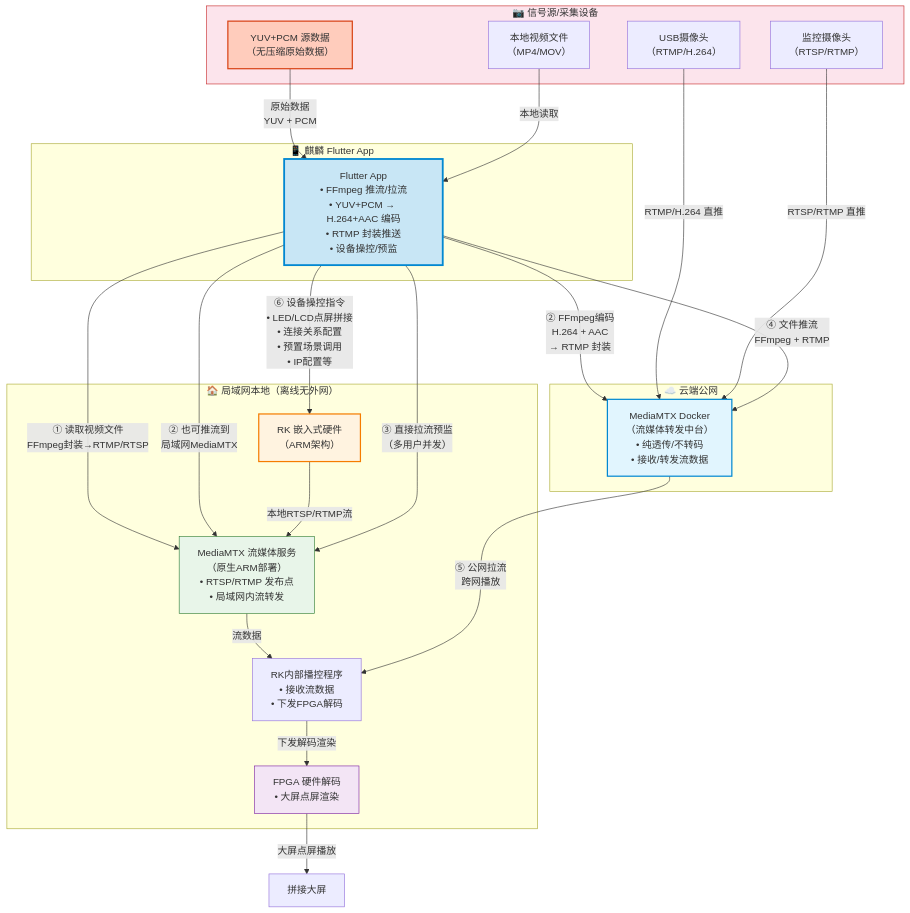
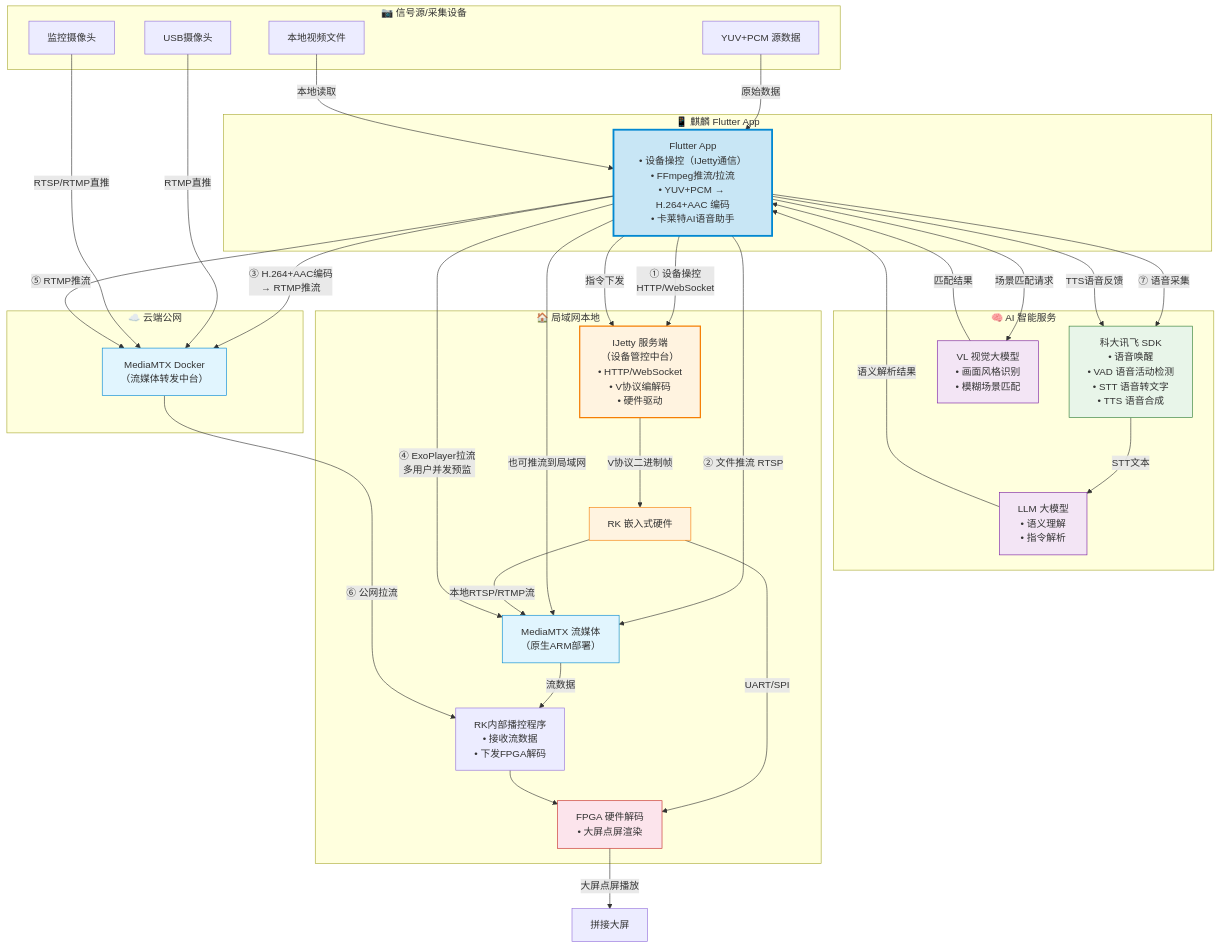
The first of 2 diagrams in CLT/QiLing/QiLinFramework.md (nangong918/code-ability), drawn with Mermaid before and after one commit. The commit also changed other lines of this file, not shown here.

````diff
--- a/CLT/QiLing/QiLinFramework.md
+++ b/CLT/QiLing/QiLinFramework.md
@@ -6,60 +6,80 @@
 ```mermaid
 graph TB
     subgraph 用户端["📱 麒麟 Flutter App"]
-        FlutterApp["Flutter App<br/>• FFmpeg 推流/拉流<br/>• YUV+PCM → H.264+AAC 编码<br/>• RTMP 封装推送<br/>• 设备操控/预监"]
+        FlutterApp["Flutter App<br/>• 设备操控（IJetty通信）<br/>• FFmpeg推流/拉流<br/>• YUV+PCM → H.264+AAC 编码<br/>• 卡莱特AI语音助手"]
     end
 
-    subgraph 局域网["🏠 局域网本地（离线无外网）"]
-        RK_Device["RK 嵌入式硬件<br/>（ARM架构）"]
-        MediaMTX_Local["MediaMTX 流媒体服务<br/>（原生ARM部署）<br/>• RTSP/RTMP 发布点<br/>• 局域网内流转发"]
+    subgraph AI服务["🧠 AI 智能服务"]
+        科大讯飞["科大讯飞 SDK<br/>• 语音唤醒<br/>• VAD 语音活动检测<br/>• STT 语音转文字<br/>• TTS 语音合成"]
+        LLM["LLM 大模型<br/>• 语义理解<br/>• 指令解析"]
+        VLM["VL 视觉大模型<br/>• 画面风格识别<br/>• 模糊场景匹配"]
+    end
+
+    subgraph 局域网["🏠 局域网本地"]
+        RK_Device["RK 嵌入式硬件"]
+        IJetty["IJetty 服务端<br/>（设备管控中台）<br/>• HTTP/WebSocket<br/>• V协议编解码<br/>• 硬件驱动"]
+        MediaMTX_Local["MediaMTX 流媒体<br/>（原生ARM部署）"]
         播控程序["RK内部播控程序<br/>• 接收流数据<br/>• 下发FPGA解码"]
         FPGA["FPGA 硬件解码<br/>• 大屏点屏渲染"]
     end
 
     subgraph 云端["☁️ 云端公网"]
-        MediaMTX_Cloud["MediaMTX Docker<br/>（流媒体转发中台）<br/>• 纯透传/不转码<br/>• 接收/转发流数据"]
+        MediaMTX_Cloud["MediaMTX Docker<br/>（流媒体转发中台）"]
     end
 
     subgraph 采集端["📷 信号源/采集设备"]
-        USB摄像头["USB摄像头<br/>（RTMP/H.264）"]
-        监控摄像头["监控摄像头<br/>（RTSP/RTMP）"]
-        视频文件["本地视频文件<br/>（MP4/MOV）"]
-        YUV_PCM["YUV+PCM 源数据<br/>（无压缩原始数据）"]
+        USB摄像头["USB摄像头"]
+        监控摄像头["监控摄像头"]
+        视频文件["本地视频文件"]
+        YUV_PCM["YUV+PCM 源数据"]
     end
 
-    %% ===== 局域网本地链路 =====
-    FlutterApp -->|"① 读取视频文件<br/>FFmpeg封装→RTMP/RTSP"| MediaMTX_Local
+%% ===== 设备操控链路（新增IJetty）=====
+    FlutterApp -->|"① 设备操控<br/>HTTP/WebSocket"| IJetty
+    IJetty -->|"V协议二进制帧"| RK_Device
+    RK_Device -->|"UART/SPI"| FPGA
+
+%% ===== 局域网本地播放 =====
+    FlutterApp -->|"② 文件推流 RTSP"| MediaMTX_Local
     MediaMTX_Local -->|"流数据"| 播控程序
-    播控程序 -->|"下发解码渲染"| FPGA
+    播控程序 --> FPGA
     FPGA -->|"大屏点屏播放"| 大屏["拼接大屏"]
 
-    %% ===== YUV+PCM 编码推流（关键修正）=====
-    YUV_PCM -->|"原始数据<br/>YUV + PCM"| FlutterApp
-    FlutterApp -->|"② FFmpeg编码<br/>H.264 + AAC<br/>→ RTMP 封装"| MediaMTX_Cloud
-    FlutterApp -->|"② 也可推流到<br/>局域网MediaMTX"| MediaMTX_Local
+%% ===== YUV+PCM 编码推流 =====
+    YUV_PCM -->|"原始数据"| FlutterApp
+    FlutterApp -->|"③ H.264+AAC编码<br/>→ RTMP推流"| MediaMTX_Cloud
+    FlutterApp -->|"也可推流到局域网"| MediaMTX_Local
 
-    %% ===== 实时预监链路 =====
+%% ===== 实时预监（ExoPlayer）=====
     RK_Device -->|"本地RTSP/RTMP流"| MediaMTX_Local
-    FlutterApp -->|"③ 直接拉流预监<br/>（多用户并发）"| MediaMTX_Local
+    FlutterApp -->|"④ ExoPlayer拉流<br/>多用户并发预监"| MediaMTX_Local
 
-    %% ===== 文件/摄像头推流到云端 =====
-    USB摄像头 -->|"RTMP/H.264 直推"| MediaMTX_Cloud
-    监控摄像头 -->|"RTSP/RTMP 直推"| MediaMTX_Cloud
+%% ===== 摄像头/文件推流 =====
+    USB摄像头 -->|"RTMP直推"| MediaMTX_Cloud
+    监控摄像头 -->|"RTSP/RTMP直推"| MediaMTX_Cloud
     视频文件 -->|"本地读取"| FlutterApp
-    FlutterApp -->|"④ 文件推流<br/>FFmpeg + RTMP"| MediaMTX_Cloud
+    FlutterApp -->|"⑤ RTMP推流"| MediaMTX_Cloud
 
-    %% ===== 云端到RK（跨网远程播放）=====
-    MediaMTX_Cloud -->|"⑤ 公网拉流<br/>跨网播放"| 播控程序
+%% ===== 云端到RK =====
+    MediaMTX_Cloud -->|"⑥ 公网拉流"| 播控程序
 
-    %% ===== 设备操控链路 =====
-    FlutterApp -->|"⑥ 设备操控指令<br/>• LED/LCD点屏拼接<br/>• 连接关系配置<br/>• 预置场景调用<br/>• IP配置等"| RK_Device
+%% ===== AI语音助手链路（新增）=====
+    FlutterApp -->|"⑦ 语音采集"| 科大讯飞
+    科大讯飞 -->|"STT文本"| LLM
+    LLM -->|"语义解析结果"| FlutterApp
+    FlutterApp -->|"场景匹配请求"| VLM
+    VLM -->|"匹配结果"| FlutterApp
+    FlutterApp -->|"TTS语音反馈"| 科大讯飞
+    FlutterApp -->|"指令下发"| IJetty
 
-    %% 样式
+%% 样式
     style FlutterApp fill:#c8e6f5,stroke:#0288d1,stroke-width:3px
-    style RK_Device fill:#fff3e0,stroke:#f57c00,stroke-width:2px
-    style MediaMTX_Local fill:#e8f5e9,stroke:#2e7d32
-    style MediaMTX_Cloud fill:#e1f5fe,stroke:#0288d1,stroke-width:2px
-    style FPGA fill:#f3e5f5,stroke:#7b1fa2
-    style YUV_PCM fill:#ffccbc,stroke:#d84315,stroke-width:2px
-    style 采集端 fill:#fce4ec,stroke:#c62828
+    style IJetty fill:#fff3e0,stroke:#f57c00,stroke-width:2px
+    style 科大讯飞 fill:#e8f5e9,stroke:#2e7d32
+    style LLM fill:#f3e5f5,stroke:#7b1fa2
+    style VLM fill:#f3e5f5,stroke:#7b1fa2
+    style MediaMTX_Local fill:#e1f5fe,stroke:#0288d1
+    style MediaMTX_Cloud fill:#e1f5fe,stroke:#0288d1
+    style RK_Device fill:#fff3e0,stroke:#f57c00
+    style FPGA fill:#fce4ec,stroke:#c62828
 ```
````
